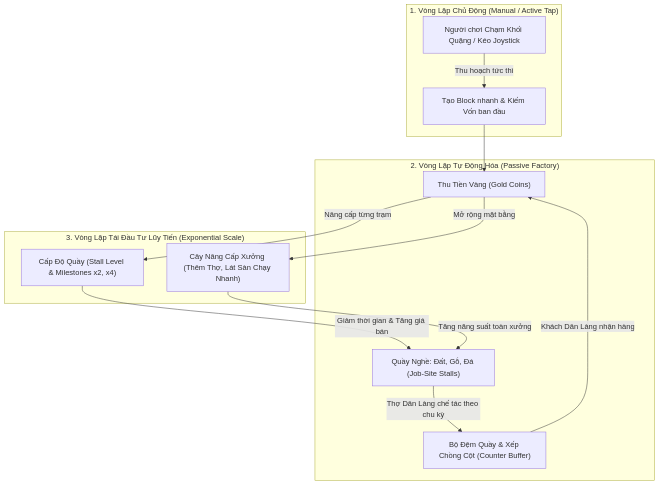
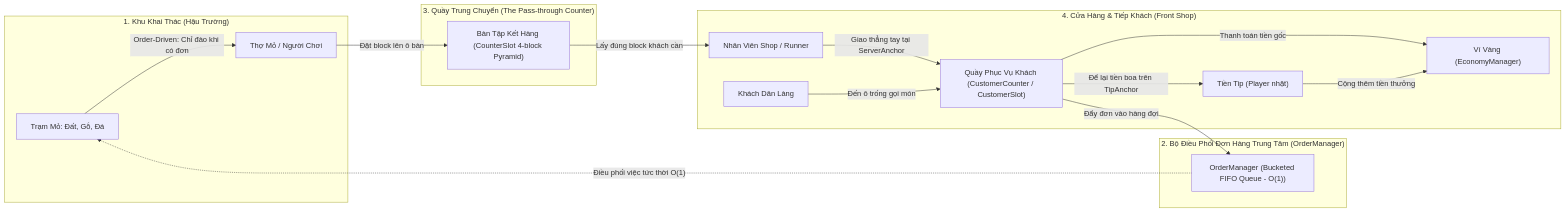
The first of 2 diagrams in docs/GDD_MVP.md (Tsuna1357/MineMart), drawn with Mermaid before and after one commit. The commit also changed other lines of this file and 87 other files, not shown here.

Commit message:
hoàn thiện quầy hàng, nhân vật di chuyển, quầy thu ngân, khu khai thác.

````diff
--- a/docs/GDD_MVP.md
+++ b/docs/GDD_MVP.md
@@ -44,20 +42,27 @@
 ```mermaid
-graph TD
-    subgraph ActivePlay["1. Vòng Lặp Chủ Động (Manual / Active Tap)"]
-        A["Người chơi Chạm Khối Quặng / Kéo Joystick"] -->|"Thu hoạch tức thì"| B["Tạo Block nhanh & Kiếm Vốn ban đầu"]
+graph LR
+    subgraph KhuKhaiThac["1. Khu Khai Thác (Hậu Trường)"]
+        M["Trạm Mỏ: Đất, Gỗ, Đá"]
+        M -->|"Order-Driven: Chỉ đào khi có đơn"| W1["Thợ Mỏ / Người Chơi"]
     end
 
-    subgraph PassiveGen["2. Vòng Lặp Tự Động Hóa (Passive Factory)"]
-        C["Quầy Nghề: Đất, Gỗ, Đá (Job-Site Stalls)"] -->|"Thợ Dân Làng chế tác theo chu kỳ"| D["Bộ Đệm Quầy & Xếp Chồng Cột (Counter Buffer)"]
-        D -->|"Khách Dân Làng nhận hàng"| E["Thu Tiền Vàng (Gold Coins)"]
+    subgraph BoDieuPhoi["2. Bộ Điều Phối Đơn Hàng Trung Tâm (OrderManager)"]
+        OM["OrderManager (Bucketed FIFO Queue - O(1))"]
     end
 
-    subgraph Reinvestment["3. Vòng Lặp Tái Đầu Tư Lũy Tiến (Exponential Scale)"]
-        E -->|"Nâng cấp từng trạm"| F["Cấp Độ Quầy (Stall Level & Milestones x2, x4)"]
-        E -->|"Mở rộng mặt bằng"| G["Cây Nâng Cấp Xưởng (Thêm Thợ, Lát Sàn Chạy Nhanh)"]
-        F -->|"Giảm thời gian & Tăng giá bán"| C
-        G -->|"Tăng năng suất toàn xưởng"| C
+    subgraph QuayTrungChuyen["3. Quầy Trung Chuyển (The Pass-through Counter)"]
+        PC["Bàn Tập Kết Hàng (CounterSlot 4-block Pyramid)"]
+        W1 -->|"Đặt block lên ô bàn"| PC
     end
 
-    B --> E
+    subgraph CuaHangMatTien["4. Cửa Hàng & Tiếp Khách (Front Shop)"]
+        PC -->|"Lấy đúng block khách cần"| W2["Nhân Viên Shop / Runner"]
+        W2 -->|"Giao thẳng tay tại ServerAnchor"| CC["Quầy Phục Vụ Khách (CustomerCounter / CustomerSlot)"]
+        CUST["Khách Dân Làng"] -->|"Đến ô trống gọi món"| CC
+        CC -->|"Đẩy đơn vào hàng đợi"| OM
+        OM -.->|"Điều phối việc tức thời O(1)"| M
+        CC -->|"Thanh toán tiền gốc"| ECO["Ví Vàng (EconomyManager)"]
+        CC -->|"Để lại tiền boa trên TipAnchor"| TIP["Tiền Tip (Player nhặt)"]
+        TIP -->|"Cộng thêm tiền thưởng"| ECO
+    end
 ```
````
